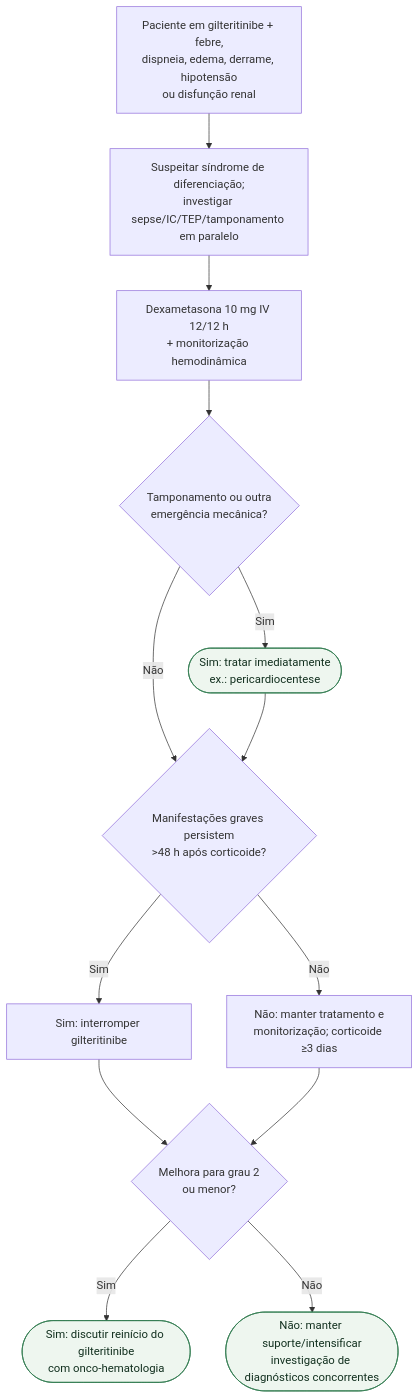
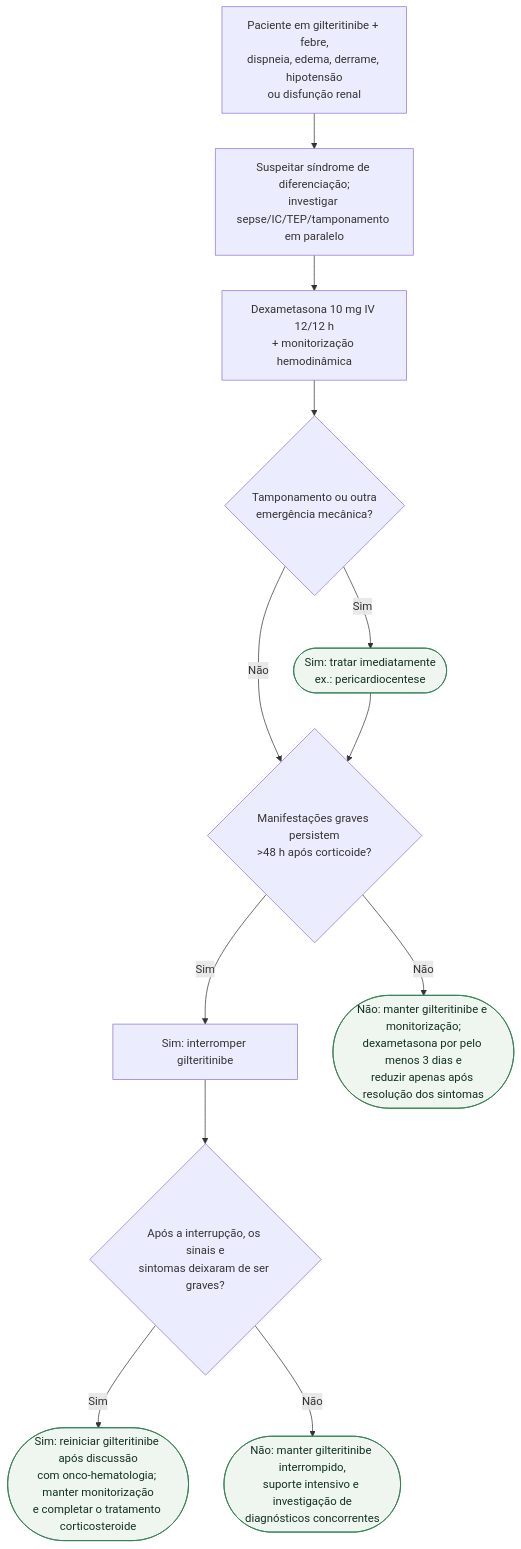
The diagram in content/Cardio-oncologia/fluxograma-sindrome-de-diferenciacao-por-gilteritinibe.md (rafaelpaesmeirelles/MeuCardio), drawn with Mermaid before and after one commit. The commit also changed other lines of this file and 26 other files, not shown here.

````diff
--- a/content/Cardio-oncologia/fluxograma-sindrome-de-diferenciacao-por-gilteritinibe.md
+++ b/content/Cardio-oncologia/fluxograma-sindrome-de-diferenciacao-por-gilteritinibe.md
@@ -13,30 +14,29 @@
 ```mermaid
 flowchart TD
   R0["Paciente em gilteritinibe + febre,<br/>dispneia, edema, derrame, hipotensão<br/>ou disfunção renal"]
   P1["Suspeitar síndrome de diferenciação;<br/>investigar sepse/IC/TEP/tamponamento em paralelo"]
   P2["Dexametasona 10 mg IV 12/12 h<br/>+ monitorização hemodinâmica"]
   D1{"Tamponamento ou outra<br/>emergência mecânica?"}
   C1(["Sim: tratar imediatamente<br/>ex.: pericardiocentese"])
   D2{"Manifestações graves persistem<br/>>48 h após corticoide?"}
   P3["Sim: interromper gilteritinibe"]
-  P4["Não: manter tratamento e<br/>monitorização; corticoide ≥3 dias"]
-  D3{"Melhora para grau 2<br/>ou menor?"}
-  C2(["Sim: discutir reinício do gilteritinibe<br/>com onco-hematologia"])
-  C3(["Não: manter suporte/intensificar<br/>investigação de diagnósticos concorrentes"])
+  C4(["Não: manter gilteritinibe e monitorização;<br/>dexametasona por pelo menos 3 dias e<br/>reduzir apenas após resolução dos sintomas"])
+  D3{"Após a interrupção, os sinais e<br/>sintomas deixaram de ser graves?"}
+  C2(["Sim: reiniciar gilteritinibe após discussão<br/>com onco-hematologia; manter monitorização<br/>e completar o tratamento corticosteroide"])
+  C3(["Não: manter gilteritinibe interrompido,<br/>suporte intensivo e investigação de<br/>diagnósticos concorrentes"])
 
   R0 --> P1
   P1 --> P2
   P2 --> D1
   D1 -->|"Sim"| C1
   D1 -->|"Não"| D2
   C1 --> D2
   D2 -->|"Sim"| P3
-  D2 -->|"Não"| P4
+  D2 -->|"Não"| C4
   P3 --> D3
-  P4 --> D3
   D3 -->|"Sim"| C2
   D3 -->|"Não"| C3
 
   classDef conduta fill:#eef6ef,stroke:#2f7a4f,color:#12301f;
-  class C1,C2,C3 conduta;
+  class C1,C2,C3,C4 conduta;
 ```
````
